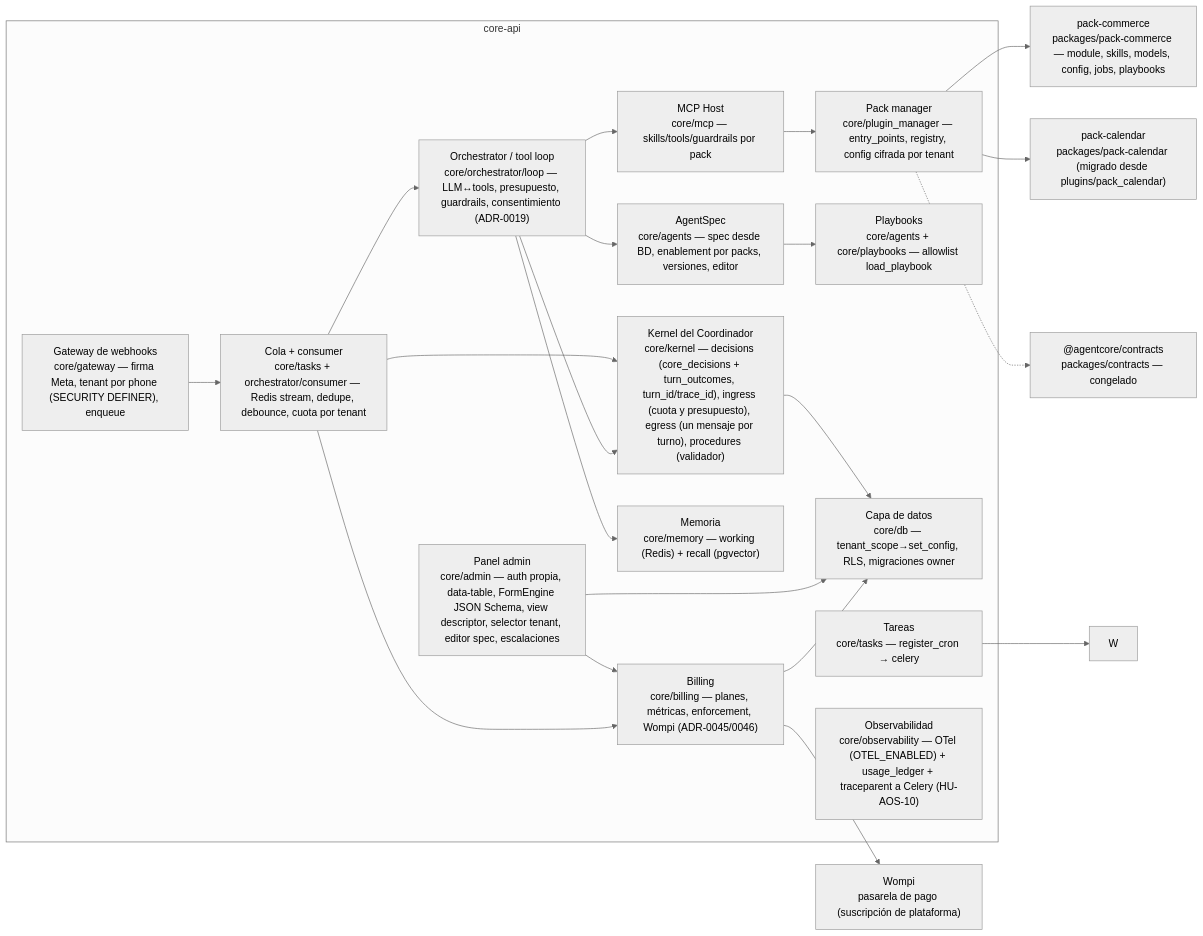
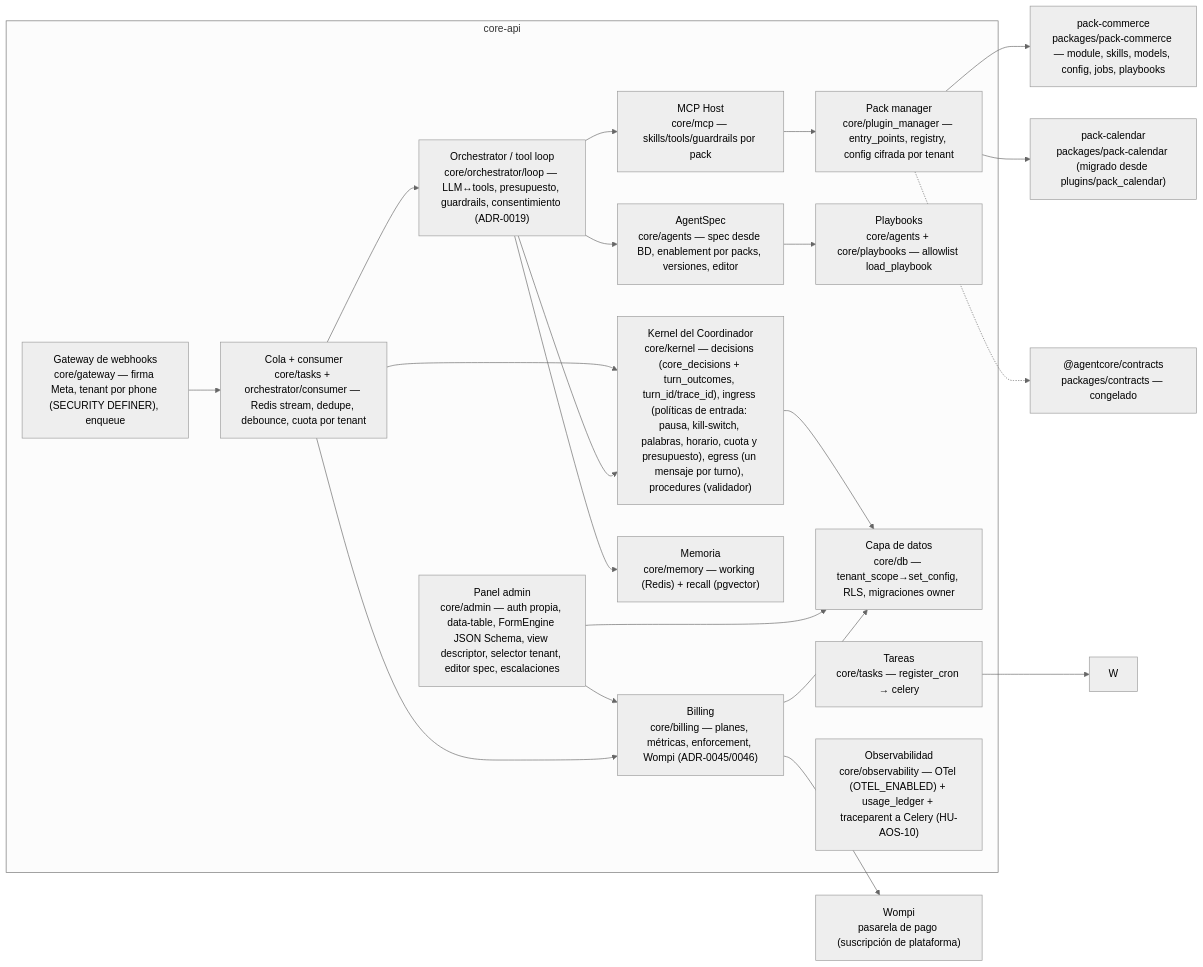
Before and after one commit to devrochy/agent-core: the third of 3 diagrams in docs/architecture/c4.md, drawn with Mermaid (neutral theme). The commit also changed 7 other files, not shown here.

First line of the commit message:
refactor(kernel): las políticas de entrada del consumer pasan a core/kernel/ingress (HU-AOS-10, parte 2)

````diff
--- a/docs/architecture/c4.md
+++ b/docs/architecture/c4.md
@@ -50,38 +50,38 @@
 ```mermaid
 graph LR
   subgraph API["core-api"]
     GW["Gateway de webhooks<br/>core/gateway — firma Meta, tenant por phone (SECURITY DEFINER), enqueue"]
     Q["Cola + consumer<br/>core/tasks + orchestrator/consumer — Redis stream, dedupe, debounce, cuota por tenant"]
     LP["Orchestrator / tool loop<br/>core/orchestrator/loop — LLM↔tools, presupuesto, guardrails, consentimiento (ADR-0019)"]
-    KER["Kernel del Coordinador<br/>core/kernel — decisions (core_decisions + turn_outcomes, turn_id/trace_id), ingress (cuota y presupuesto), egress (un mensaje por turno), procedures (validador)"]
+    KER["Kernel del Coordinador<br/>core/kernel — decisions (core_decisions + turn_outcomes, turn_id/trace_id), ingress (políticas de entrada: pausa, kill-switch, palabras, horario, cuota y presupuesto), egress (un mensaje por turno), procedures (validador)"]
     MCP["MCP Host<br/>core/mcp — skills/tools/guardrails por pack"]
     PM["Pack manager<br/>core/plugin_manager — entry_points, registry, config cifrada por tenant"]
     SP["AgentSpec<br/>core/agents — spec desde BD, enablement por packs, versiones, editor"]
     PL["Playbooks<br/>core/agents + core/playbooks — allowlist load_playbook"]
     MEM["Memoria<br/>core/memory — working (Redis) + recall (pgvector)"]
     ADM["Panel admin<br/>core/admin — auth propia, data-table, FormEngine JSON Schema, view descriptor, selector tenant, editor spec, escalaciones"]
     DB["Capa de datos<br/>core/db — tenant_scope→set_config, RLS, migraciones owner"]
     BIL["Billing<br/>core/billing — planes, métricas, enforcement, Wompi (ADR-0045/0046)"]
     TSK["Tareas<br/>core/tasks — register_cron → celery"]
     OBS["Observabilidad<br/>core/observability — OTel (OTEL_ENABLED) + usage_ledger + traceparent a Celery (HU-AOS-10)"]
   end
   PC["pack-commerce<br/>packages/pack-commerce — module, skills, models, config, jobs, playbooks"]
   CAL["pack-calendar<br/>packages/pack-calendar (migrado desde plugins/pack_calendar)"]
   CT["@agentcore/contracts<br/>packages/contracts — congelado"]
   WPI["Wompi<br/>pasarela de pago (suscripción de plataforma)"]
   GW --> Q --> LP --> MCP --> PM
   Q --> KER
   LP --> KER
   KER --> DB
   LP --> SP --> PL
   LP --> MEM
   ADM --> DB
   ADM --> BIL
   Q --> BIL
   BIL --> WPI
   BIL --> DB
   PM --> PC
   PM --> CAL
   PM -.-> CT
   TSK --> W
 ```
````
